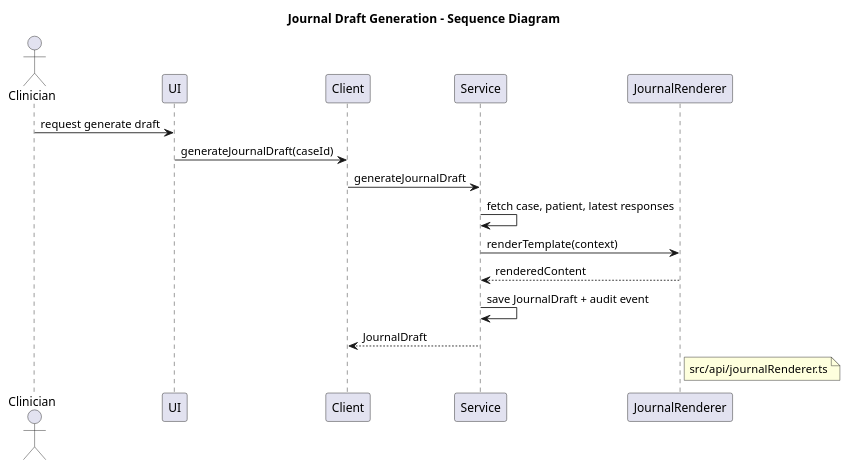
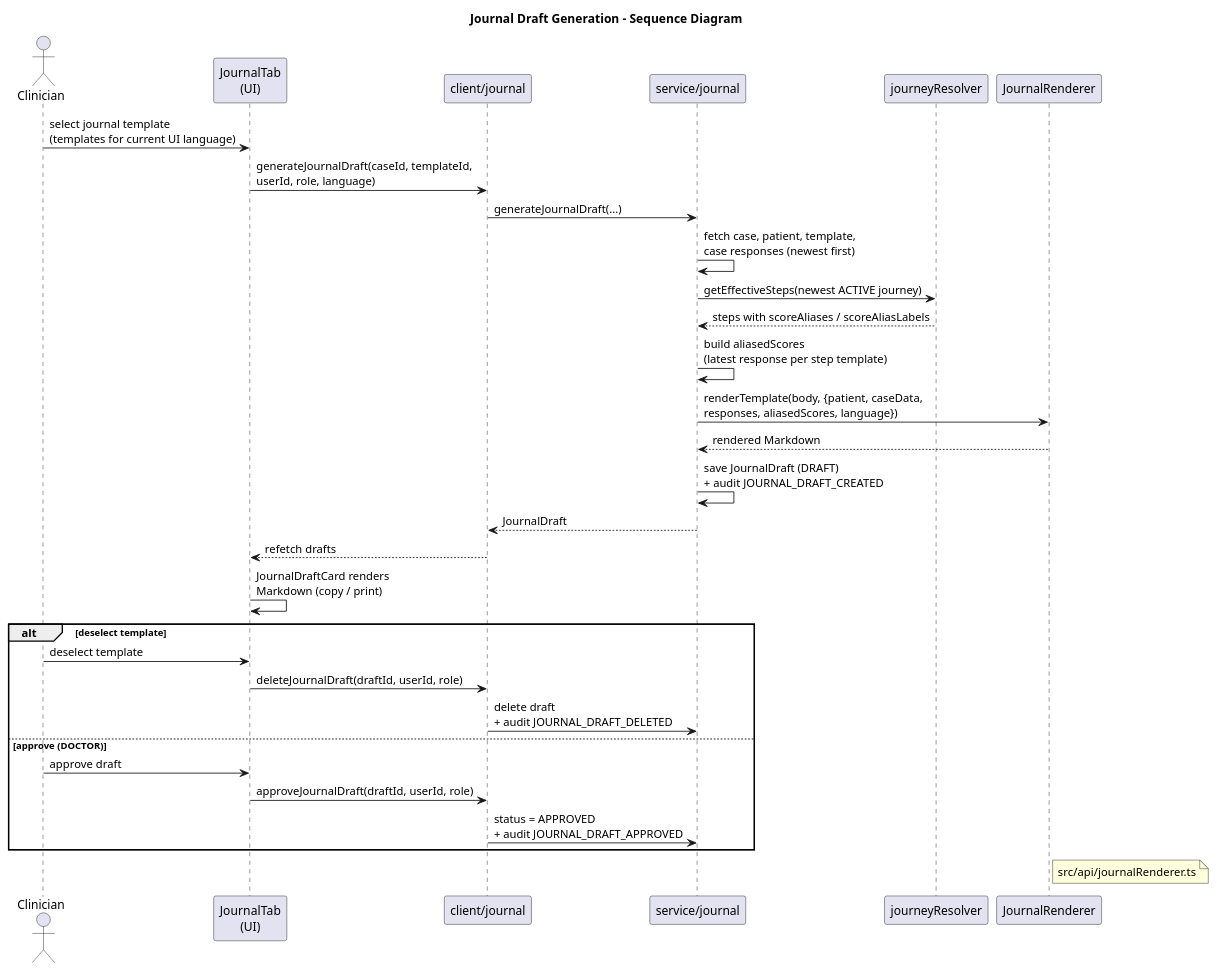
The diagram in docs/diagrams/journal-generation-sequence.puml (gforge/DUK), drawn with PlantUML before and after one commit. The commit also changed 49 other files, not shown here.

First line of the commit message:
Update docs and diagrams to match current implementation

```diff
--- a/docs/diagrams/journal-generation-sequence.puml
+++ b/docs/diagrams/journal-generation-sequence.puml
@@ -1,26 +1,44 @@
 @startuml
 ' Purpose: Journal draft generation and persistence flow
 ' Source of truth:
 '   src/api/service/journal.ts
 '   src/api/journalRenderer.ts
+'   src/components/case/JournalTab/index.tsx
+'   src/components/case/JournalDraftCard.tsx
 
 title Journal Draft Generation - Sequence Diagram
 
 actor Clinician
-participant "UI" as UI
-participant "Client" as Client
-participant "Service" as Service
+participant "JournalTab\n(UI)" as UI
+participant "client/journal" as Client
+participant "service/journal" as Service
+participant "journeyResolver" as Resolver
 participant "JournalRenderer" as JR
 
-Clinician -> UI : request generate draft
-UI -> Client : generateJournalDraft(caseId)
-Client -> Service : generateJournalDraft
-Service -> Service : fetch case, patient, latest responses
-Service -> JR : renderTemplate(context)
-JR --> Service : renderedContent
-Service -> Service : save JournalDraft + audit event
+Clinician -> UI : select journal template\n(templates for current UI language)
+UI -> Client : generateJournalDraft(caseId, templateId,\nuserId, role, language)
+Client -> Service : generateJournalDraft(...)
+Service -> Service : fetch case, patient, template,\ncase responses (newest first)
+Service -> Resolver : getEffectiveSteps(newest ACTIVE journey)
+Resolver --> Service : steps with scoreAliases / scoreAliasLabels
+Service -> Service : build aliasedScores\n(latest response per step template)
+Service -> JR : renderTemplate(body, {patient, caseData,\nresponses, aliasedScores, language})
+JR --> Service : rendered Markdown
+Service -> Service : save JournalDraft (DRAFT)\n+ audit JOURNAL_DRAFT_CREATED
 Service --> Client : JournalDraft
+Client --> UI : refetch drafts
+UI -> UI : JournalDraftCard renders\nMarkdown (copy / print)
+
+alt deselect template
+  Clinician -> UI : deselect template
+  UI -> Client : deleteJournalDraft(draftId, userId, role)
+  Client -> Service : delete draft\n+ audit JOURNAL_DRAFT_DELETED
+else approve (DOCTOR)
+  Clinician -> UI : approve draft
+  UI -> Client : approveJournalDraft(draftId, userId, role)
+  Client -> Service : status = APPROVED\n+ audit JOURNAL_DRAFT_APPROVED
+end
 
 note right of JR: src/api/journalRenderer.ts
 
 @enduml
```
